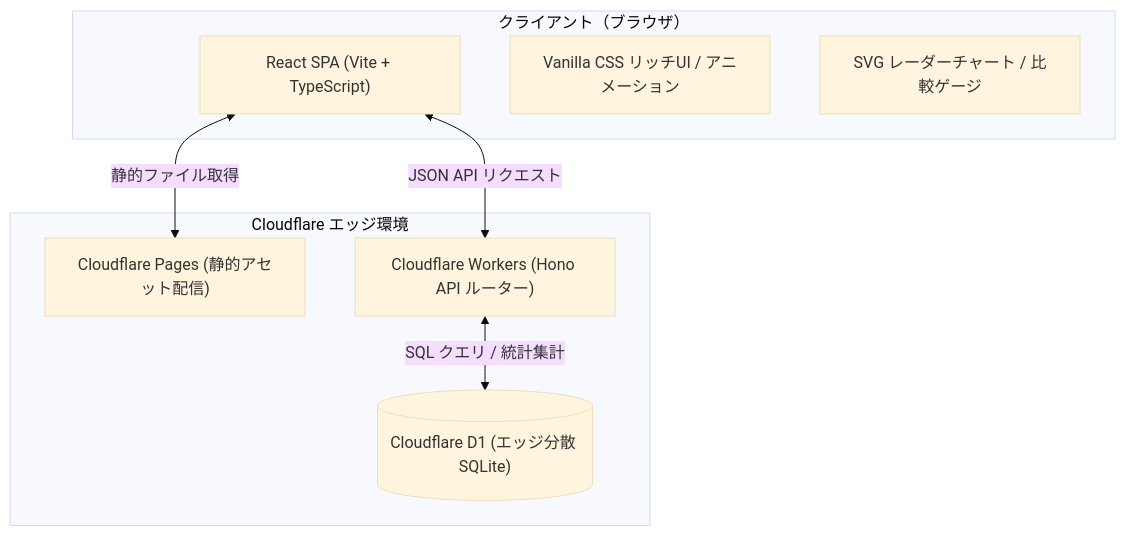
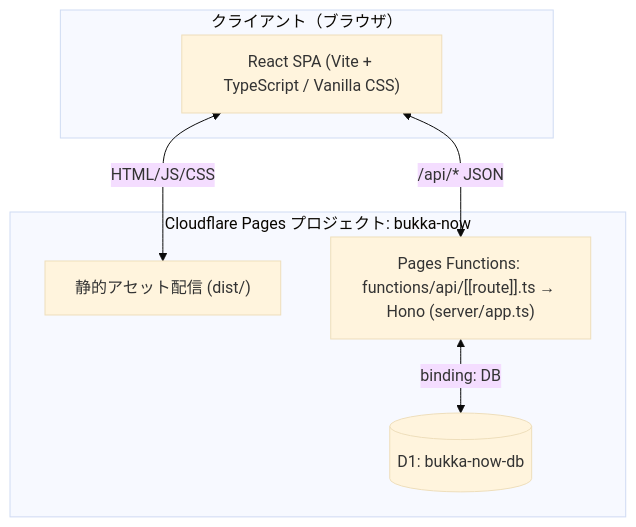
Before and after one commit to miiiwa1121/bukka_now: the diagram in docs/design/architecture.md, drawn with Mermaid (base theme). The commit also changed other lines of this file and 24 other files, not shown here.

````diff
--- a/docs/design/architecture.md
+++ b/docs/design/architecture.md
@@ -9,18 +9,16 @@
 ```mermaid
 graph TB
     subgraph Client ["クライアント（ブラウザ）"]
-        SPA["React SPA (Vite + TypeScript)"]
-        UI_Components["Vanilla CSS リッチUI / アニメーション"]
-        Radar_Chart["SVG レーダーチャート / 比較ゲージ"]
+        SPA["React SPA (Vite + TypeScript / Vanilla CSS)"]
     end
 
-    subgraph Edge ["Cloudflare エッジ環境"]
-        Pages["Cloudflare Pages (静的アセット配信)"]
-        Worker["Cloudflare Workers (Hono API ルーター)"]
-        D1[("Cloudflare D1 (エッジ分散 SQLite)")]
+    subgraph Edge ["Cloudflare Pages プロジェクト: bukka-now"]
+        Static["静的アセット配信 (dist/)"]
+        Fn["Pages Functions: functions/api/[[route]].ts → Hono (server/app.ts)"]
+        D1[("D1: bukka-now-db")]
     end
 
-    SPA <--> |静的ファイル取得| Pages
-    SPA <--> |JSON API リクエスト| Worker
-    Worker <--> |SQL クエリ / 統計集計| D1
+    SPA <--> |HTML/JS/CSS| Static
+    SPA <--> |/api/* JSON| Fn
+    Fn <--> |binding: DB| D1
 ```
````
